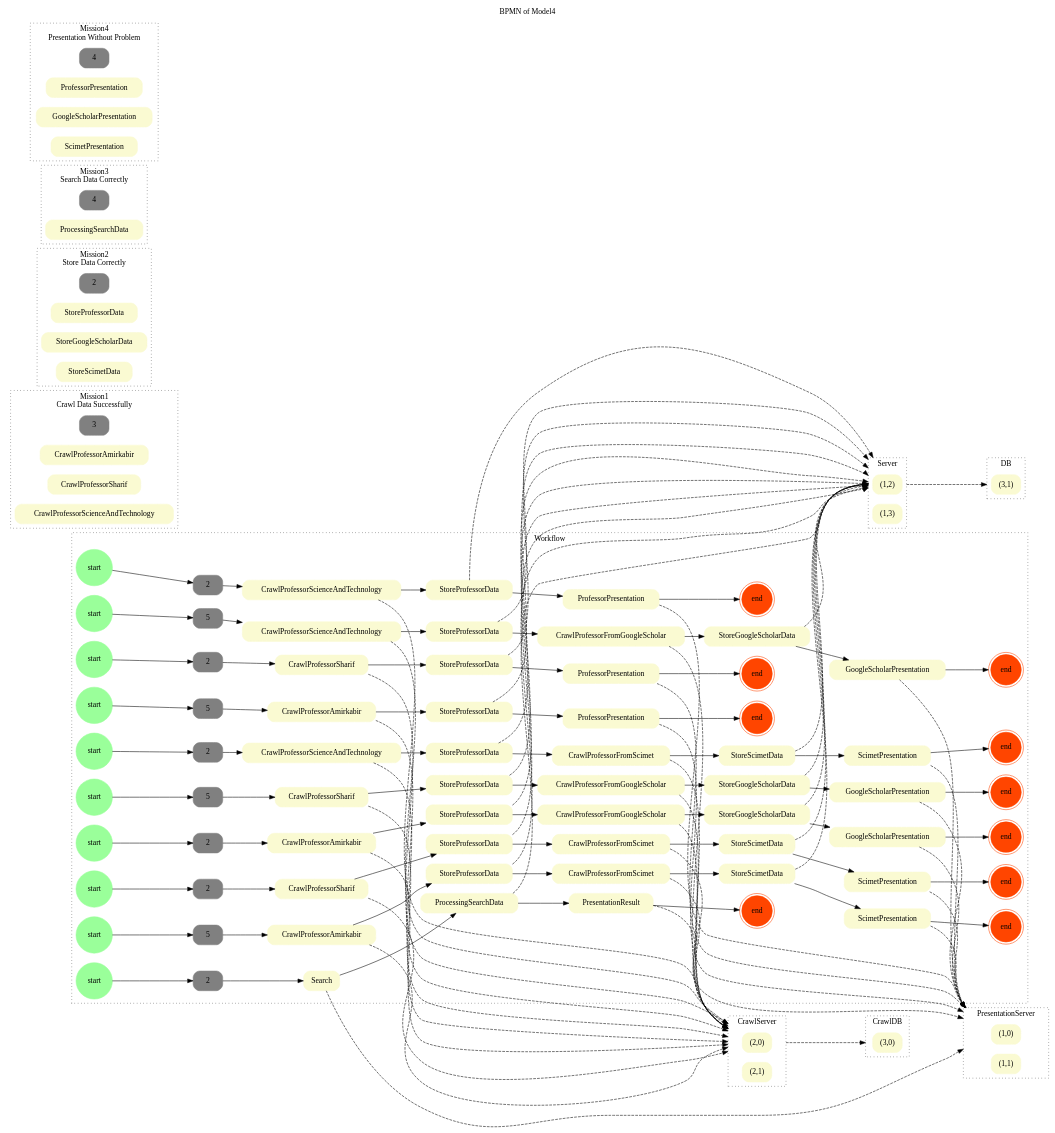
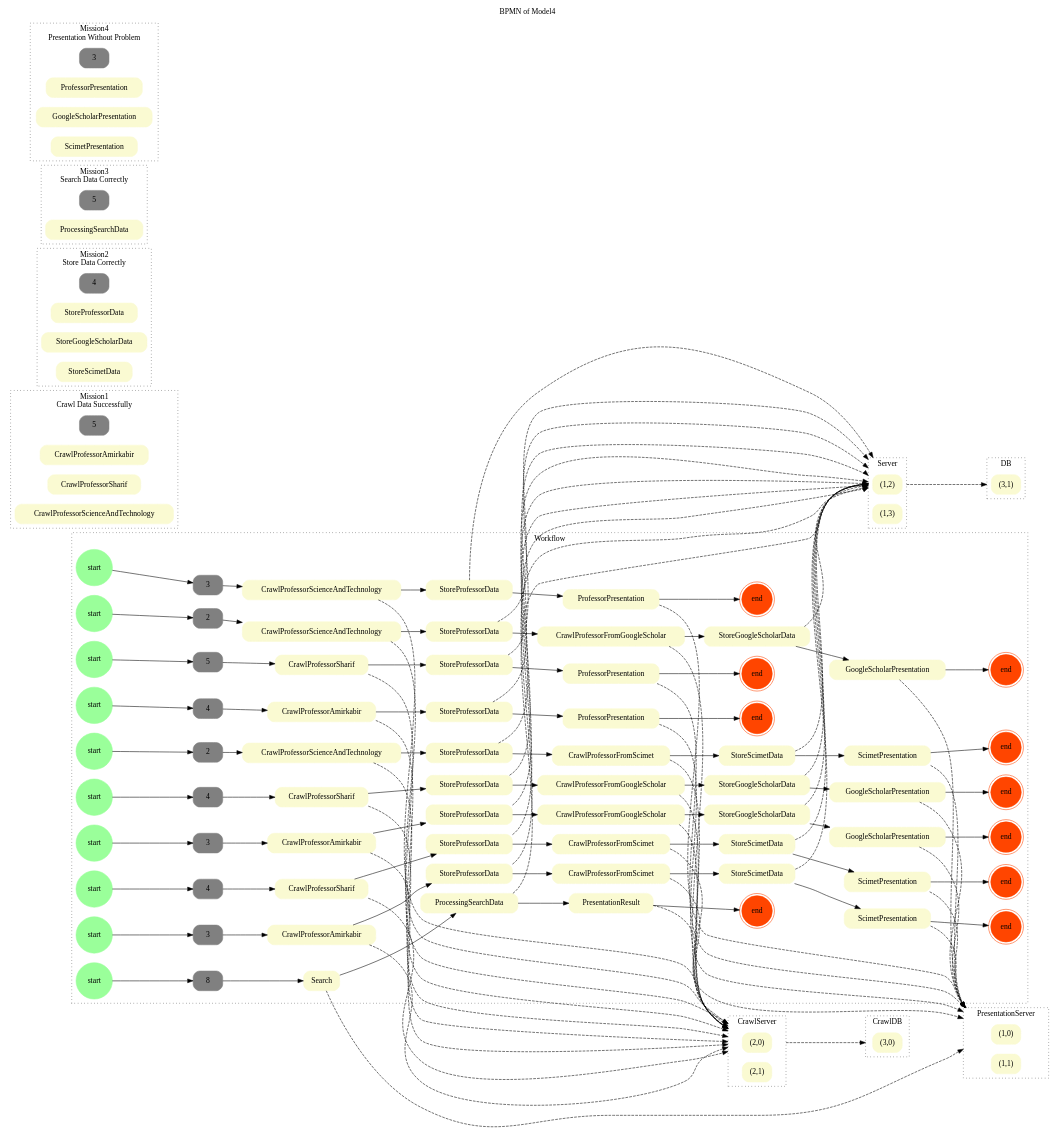
Before and after one commit to riasati/EvaluatingCSA: the diagram in BPMN-Network-Model/Model4/graph/BPMN.gv, drawn with Graphviz. The commit also changed 73 other files, not shown here.

```diff
--- a/BPMN-Network-Model/Model4/graph/BPMN.gv
+++ b/BPMN-Network-Model/Model4/graph/BPMN.gv
@@ -22,43 +22,43 @@
 	"end.9" [label=end color=orangered shape=doublecircle]
 	"start.10" [label=start color=palegreen1 shape=circle]
 	"end.10" [label=end color=orangered shape=doublecircle]
-	5.1 [label=5 color=gray]
+	4.1 [label=4 color=gray]
 	"CrawlProfessorAmirkabir.1" [label=CrawlProfessorAmirkabir]
 	"StoreProfessorData.1" [label=StoreProfessorData]
 	"ProfessorPresentation.1" [label=ProfessorPresentation]
-	2.2 [label=2 color=gray]
+	3.2 [label=3 color=gray]
 	"CrawlProfessorAmirkabir.2" [label=CrawlProfessorAmirkabir]
 	"StoreProfessorData.2" [label=StoreProfessorData]
 	"CrawlProfessorFromGoogleScholar.2" [label=CrawlProfessorFromGoogleScholar]
 	"StoreGoogleScholarData.2" [label=StoreGoogleScholarData]
 	"GoogleScholarPresentation.2" [label=GoogleScholarPresentation]
-	5.3 [label=5 color=gray]
+	3.3 [label=3 color=gray]
 	"CrawlProfessorAmirkabir.3" [label=CrawlProfessorAmirkabir]
 	"StoreProfessorData.3" [label=StoreProfessorData]
 	"CrawlProfessorFromScimet.3" [label=CrawlProfessorFromScimet]
 	"StoreScimetData.3" [label=StoreScimetData]
 	"ScimetPresentation.3" [label=ScimetPresentation]
-	2.4 [label=2 color=gray]
+	5.4 [label=5 color=gray]
 	"CrawlProfessorSharif.4" [label=CrawlProfessorSharif]
 	"StoreProfessorData.4" [label=StoreProfessorData]
 	"ProfessorPresentation.4" [label=ProfessorPresentation]
-	5.5 [label=5 color=gray]
+	4.5 [label=4 color=gray]
 	"CrawlProfessorSharif.5" [label=CrawlProfessorSharif]
 	"StoreProfessorData.5" [label=StoreProfessorData]
 	"CrawlProfessorFromGoogleScholar.5" [label=CrawlProfessorFromGoogleScholar]
 	"StoreGoogleScholarData.5" [label=StoreGoogleScholarData]
 	"GoogleScholarPresentation.5" [label=GoogleScholarPresentation]
-	2.6 [label=2 color=gray]
+	4.6 [label=4 color=gray]
 	"CrawlProfessorSharif.6" [label=CrawlProfessorSharif]
 	"StoreProfessorData.6" [label=StoreProfessorData]
 	"CrawlProfessorFromScimet.6" [label=CrawlProfessorFromScimet]
 	"StoreScimetData.6" [label=StoreScimetData]
 	"ScimetPresentation.6" [label=ScimetPresentation]
-	2.7 [label=2 color=gray]
+	3.7 [label=3 color=gray]
 	"CrawlProfessorScienceAndTechnology.7" [label=CrawlProfessorScienceAndTechnology]
 	"StoreProfessorData.7" [label=StoreProfessorData]
 	"ProfessorPresentation.7" [label=ProfessorPresentation]
-	5.8 [label=5 color=gray]
+	2.8 [label=2 color=gray]
 	"CrawlProfessorScienceAndTechnology.8" [label=CrawlProfessorScienceAndTechnology]
 	"StoreProfessorData.8" [label=StoreProfessorData]
 	"CrawlProfessorFromGoogleScholar.8" [label=CrawlProfessorFromGoogleScholar]
@@ -70,7 +70,7 @@
 	"CrawlProfessorFromScimet.9" [label=CrawlProfessorFromScimet]
 	"StoreScimetData.9" [label=StoreScimetData]
 	"ScimetPresentation.9" [label=ScimetPresentation]
-	2.10 [label=2 color=gray]
+	8.10 [label=8 color=gray]
 	"Search.10" [label=Search]
 	"ProcessingSearchData.10" [label=ProcessingSearchData]
 	"PresentationResult.10" [label=PresentationResult]
@@ -82,17 +82,17 @@
 	"(1,0).PresentationServer" [label="(1,0)"]
 	"(1,1).PresentationServer" [label="(1,1)"]
 	"(3,1).DB" [label="(3,1)"]
-	"3.Crawl Data Successfully" [label=3 color=gray]
+	"5.Crawl Data Successfully" [label=5 color=gray]
 	"CrawlProfessorAmirkabir.Crawl Data Successfully" [label=CrawlProfessorAmirkabir]
 	"CrawlProfessorSharif.Crawl Data Successfully" [label=CrawlProfessorSharif]
 	"CrawlProfessorScienceAndTechnology.Crawl Data Successfully" [label=CrawlProfessorScienceAndTechnology]
-	"2.Store Data Correctly" [label=2 color=gray]
+	"4.Store Data Correctly" [label=4 color=gray]
 	"StoreProfessorData.Store Data Correctly" [label=StoreProfessorData]
 	"StoreGoogleScholarData.Store Data Correctly" [label=StoreGoogleScholarData]
 	"StoreScimetData.Store Data Correctly" [label=StoreScimetData]
-	"4.Search Data Correctly" [label=4 color=gray]
+	"5.Search Data Correctly" [label=5 color=gray]
 	"ProcessingSearchData.Search Data Correctly" [label=ProcessingSearchData]
-	"4.Presentation Without Problem" [label=4 color=gray]
+	"3.Presentation Without Problem" [label=3 color=gray]
 	"ProfessorPresentation.Presentation Without Problem" [label=ProfessorPresentation]
 	"GoogleScholarPresentation.Presentation Without Problem" [label=GoogleScholarPresentation]
 	"ScimetPresentation.Presentation Without Problem" [label=ScimetPresentation]
@@ -118,16 +118,16 @@
 		"end.9"
 		"start.10"
 		"end.10"
-		5.1
-		2.2
-		5.3
-		2.4
-		5.5
-		2.6
-		2.7
-		5.8
+		4.1
+		3.2
+		3.3
+		5.4
+		4.5
+		4.6
+		3.7
+		2.8
 		2.9
-		2.10
+		8.10
 		"CrawlProfessorAmirkabir.1"
 		"StoreProfessorData.1"
 		"ProfessorPresentation.1"
@@ -196,75 +196,75 @@
 	}
 	subgraph cluster_mission1 {
 		label="Mission1\nCrawl Data Successfully" style=dotted
-		"3.Crawl Data Successfully"
+		"5.Crawl Data Successfully"
 		"CrawlProfessorAmirkabir.Crawl Data Successfully"
 		"CrawlProfessorSharif.Crawl Data Successfully"
 		"CrawlProfessorScienceAndTechnology.Crawl Data Successfully"
 	}
 	subgraph cluster_mission2 {
 		label="Mission2\nStore Data Correctly" style=dotted
-		"2.Store Data Correctly"
+		"4.Store Data Correctly"
 		"StoreProfessorData.Store Data Correctly"
 		"StoreGoogleScholarData.Store Data Correctly"
 		"StoreScimetData.Store Data Correctly"
 	}
 	subgraph cluster_mission3 {
 		label="Mission3\nSearch Data Correctly" style=dotted
-		"4.Search Data Correctly"
+		"5.Search Data Correctly"
 		"ProcessingSearchData.Search Data Correctly"
 	}
 	subgraph cluster_mission4 {
 		label="Mission4\nPresentation Without Problem" style=dotted
-		"4.Presentation Without Problem"
+		"3.Presentation Without Problem"
 		"ProfessorPresentation.Presentation Without Problem"
 		"GoogleScholarPresentation.Presentation Without Problem"
 		"ScimetPresentation.Presentation Without Problem"
 	}
-	"start.1" -> 5.1
-	5.1 -> "CrawlProfessorAmirkabir.1"
+	"start.1" -> 4.1
+	4.1 -> "CrawlProfessorAmirkabir.1"
 	"CrawlProfessorAmirkabir.1" -> "StoreProfessorData.1"
 	"StoreProfessorData.1" -> "ProfessorPresentation.1"
 	"ProfessorPresentation.1" -> "end.1"
-	"start.2" -> 2.2
-	2.2 -> "CrawlProfessorAmirkabir.2"
+	"start.2" -> 3.2
+	3.2 -> "CrawlProfessorAmirkabir.2"
 	"CrawlProfessorAmirkabir.2" -> "StoreProfessorData.2"
 	"StoreProfessorData.2" -> "CrawlProfessorFromGoogleScholar.2"
 	"CrawlProfessorFromGoogleScholar.2" -> "StoreGoogleScholarData.2"
 	"StoreGoogleScholarData.2" -> "GoogleScholarPresentation.2"
 	"GoogleScholarPresentation.2" -> "end.2"
-	"start.3" -> 5.3
-	5.3 -> "CrawlProfessorAmirkabir.3"
+	"start.3" -> 3.3
+	3.3 -> "CrawlProfessorAmirkabir.3"
 	"CrawlProfessorAmirkabir.3" -> "StoreProfessorData.3"
 	"StoreProfessorData.3" -> "CrawlProfessorFromScimet.3"
 	"CrawlProfessorFromScimet.3" -> "StoreScimetData.3"
 	"StoreScimetData.3" -> "ScimetPresentation.3"
 	"ScimetPresentation.3" -> "end.3"
-	"start.4" -> 2.4
-	2.4 -> "CrawlProfessorSharif.4"
+	"start.4" -> 5.4
+	5.4 -> "CrawlProfessorSharif.4"
 	"CrawlProfessorSharif.4" -> "StoreProfessorData.4"
 	"StoreProfessorData.4" -> "ProfessorPresentation.4"
 	"ProfessorPresentation.4" -> "end.4"
-	"start.5" -> 5.5
-	5.5 -> "CrawlProfessorSharif.5"
+	"start.5" -> 4.5
+	4.5 -> "CrawlProfessorSharif.5"
 	"CrawlProfessorSharif.5" -> "StoreProfessorData.5"
 	"StoreProfessorData.5" -> "CrawlProfessorFromGoogleScholar.5"
 	"CrawlProfessorFromGoogleScholar.5" -> "StoreGoogleScholarData.5"
 	"StoreGoogleScholarData.5" -> "GoogleScholarPresentation.5"
 	"GoogleScholarPresentation.5" -> "end.5"
-	"start.6" -> 2.6
-	2.6 -> "CrawlProfessorSharif.6"
+	"start.6" -> 4.6
+	4.6 -> "CrawlProfessorSharif.6"
 	"CrawlProfessorSharif.6" -> "StoreProfessorData.6"
 	"StoreProfessorData.6" -> "CrawlProfessorFromScimet.6"
 	"CrawlProfessorFromScimet.6" -> "StoreScimetData.6"
 	"StoreScimetData.6" -> "ScimetPresentation.6"
 	"ScimetPresentation.6" -> "end.6"
-	"start.7" -> 2.7
-	2.7 -> "CrawlProfessorScienceAndTechnology.7"
+	"start.7" -> 3.7
+	3.7 -> "CrawlProfessorScienceAndTechnology.7"
 	"CrawlProfessorScienceAndTechnology.7" -> "StoreProfessorData.7"
 	"StoreProfessorData.7" -> "ProfessorPresentation.7"
 	"ProfessorPresentation.7" -> "end.7"
-	"start.8" -> 5.8
-	5.8 -> "CrawlProfessorScienceAndTechnology.8"
+	"start.8" -> 2.8
+	2.8 -> "CrawlProfessorScienceAndTechnology.8"
 	"CrawlProfessorScienceAndTechnology.8" -> "StoreProfessorData.8"
 	"StoreProfessorData.8" -> "CrawlProfessorFromGoogleScholar.8"
 	"CrawlProfessorFromGoogleScholar.8" -> "StoreGoogleScholarData.8"
@@ -277,8 +277,8 @@
 	"CrawlProfessorFromScimet.9" -> "StoreScimetData.9"
 	"StoreScimetData.9" -> "ScimetPresentation.9"
 	"ScimetPresentation.9" -> "end.9"
-	"start.10" -> 2.10
-	2.10 -> "Search.10"
+	"start.10" -> 8.10
+	8.10 -> "Search.10"
 	"Search.10" -> "ProcessingSearchData.10"
 	"ProcessingSearchData.10" -> "PresentationResult.10"
 	"PresentationResult.10" -> "end.10"
```
